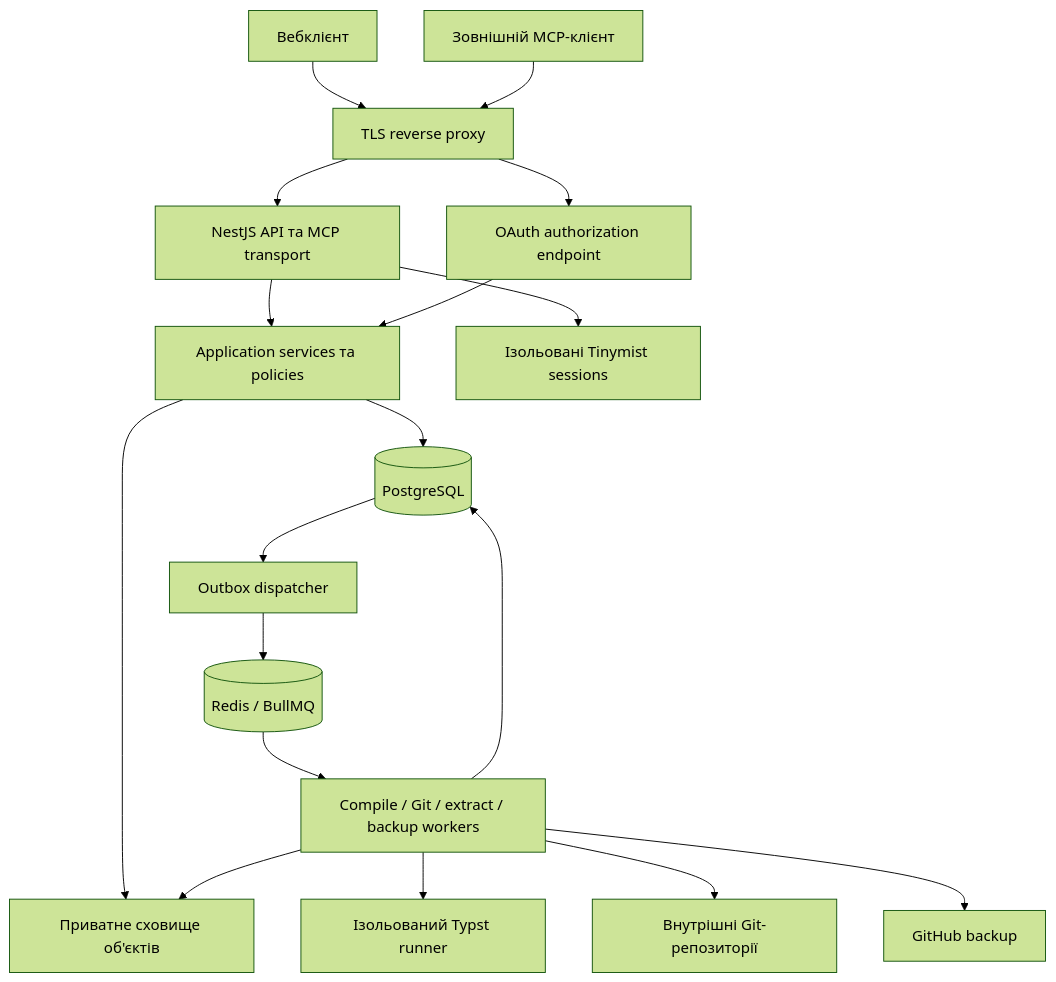
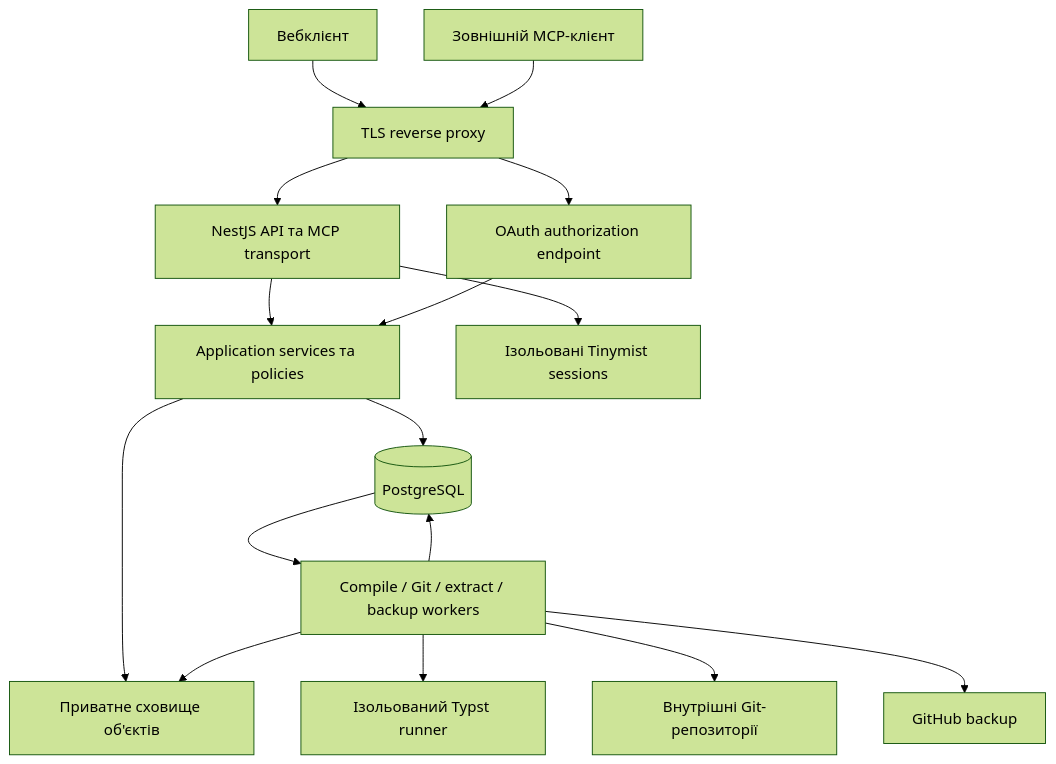
Before and after one commit to Typstoria/backend: the diagram in docs/backend/02-architecture.md, drawn with Mermaid (forest theme). The commit also changed other lines of this file and 125 other files, not shown here.

````diff
--- a/docs/backend/02-architecture.md
+++ b/docs/backend/02-architecture.md
@@ -9,20 +9,18 @@
 ```mermaid
 flowchart TD
   Browser[Вебклієнт] --> Proxy[TLS reverse proxy]
   AI[Зовнішній MCP-клієнт] --> Proxy
   Proxy --> API[NestJS API та MCP transport]
   Proxy --> Auth[OAuth authorization endpoint]
   API --> Services[Application services та policies]
   Auth --> Services
   Services --> DB[(PostgreSQL)]
   Services --> Objects[Приватне сховище об'єктів]
-  DB --> Outbox[Outbox dispatcher]
-  Outbox --> Queue[(Redis / BullMQ)]
-  Queue --> Workers[Compile / Git / extract / backup workers]
+  DB --> Workers[Compile / Git / extract / backup workers]
   Workers --> DB
   Workers --> Objects
   Workers --> Runner[Ізольований Typst runner]
   Workers --> Git[Внутрішні Git-репозиторії]
   Workers --> GitHub[GitHub backup]
   API --> LSP[Ізольовані Tinymist sessions]
 ```
````
